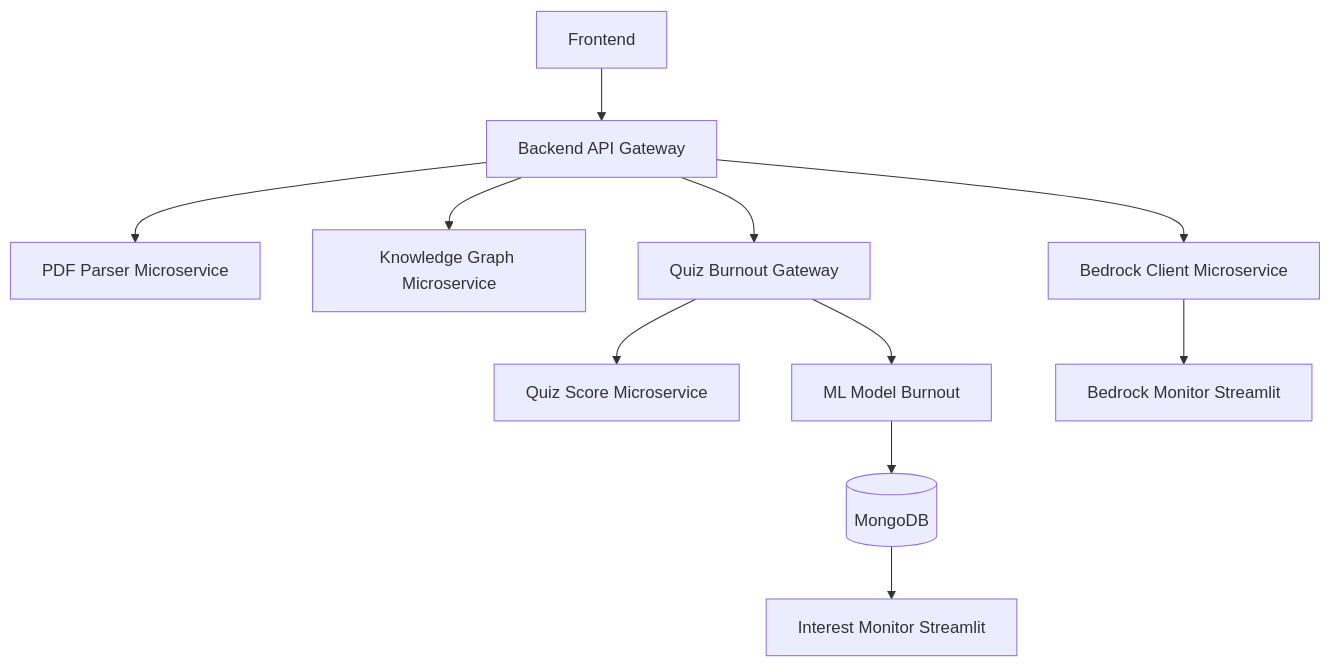
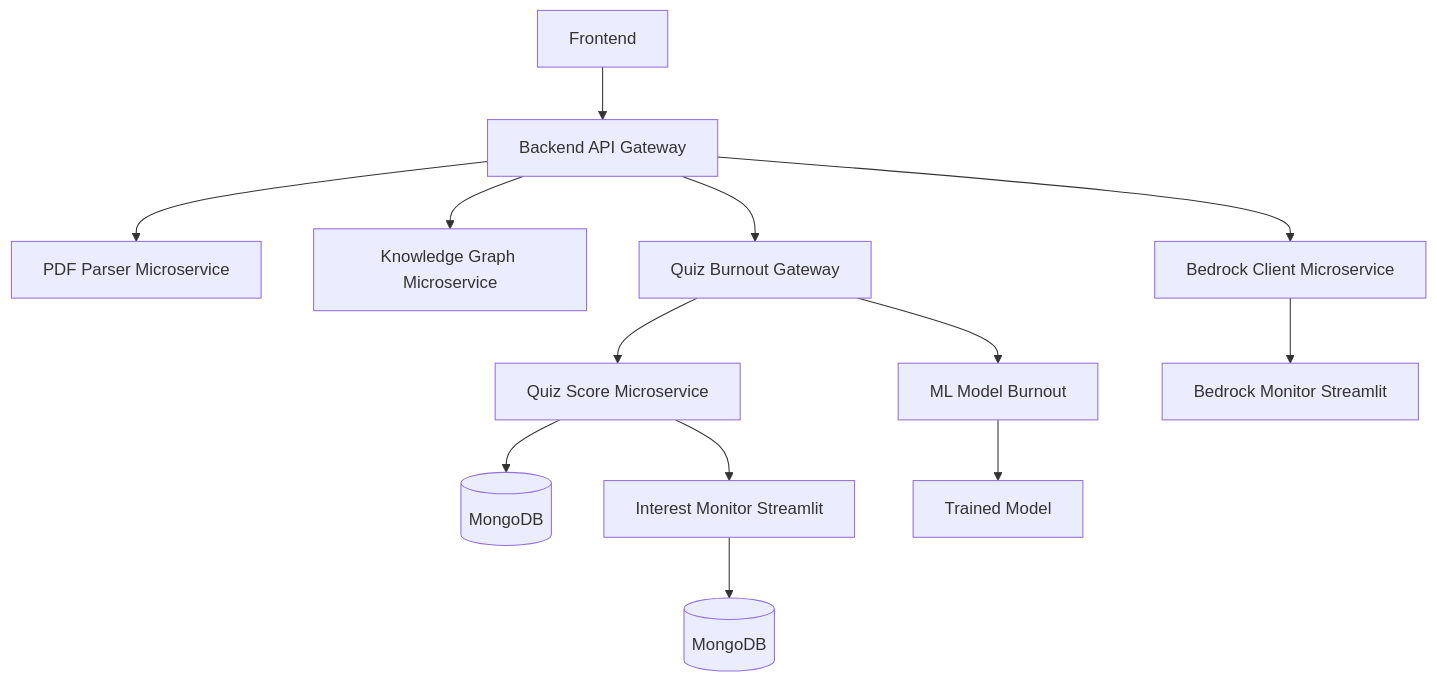
Before and after one commit to lukapopovici/mindboost: the diagram in README.md, drawn with Mermaid.

````diff
--- a/README.md
+++ b/README.md
@@ -43,13 +43,16 @@
 ```mermaid
 graph TD
 A[Frontend] --> B[Backend API Gateway]
 B --> C[PDF Parser Microservice]
 B --> D[Knowledge Graph Microservice]
 B --> E[Bedrock Client Microservice]
 B --> F[Quiz Burnout Gateway]
 F --> G[Quiz Score Microservice]
+G --> L[(MongoDB)]
+G --> K[Interest Monitor Streamlit]
+K --> O[(MongoDB)]
 F --> H[ML Model Burnout]
-H --> I[(MongoDB)]
+H --> I[Trained Model]
 E --> J[Bedrock Monitor Streamlit]
-I --> K[Interest Monitor Streamlit]
+
 ```
````
